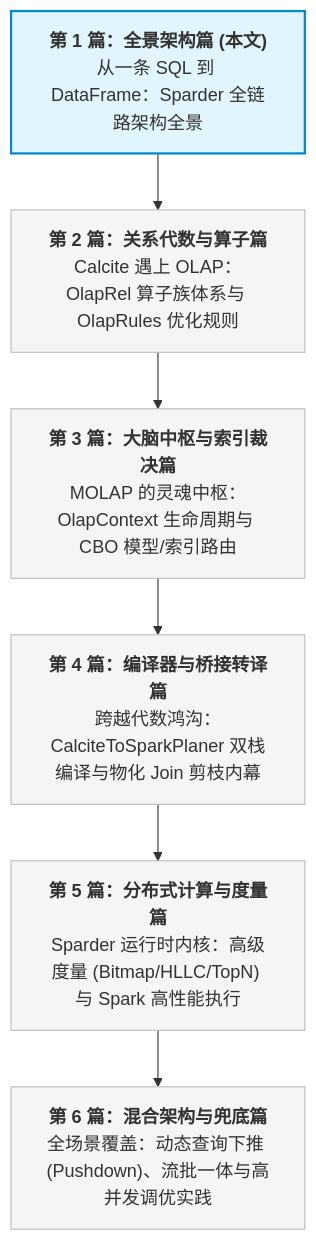
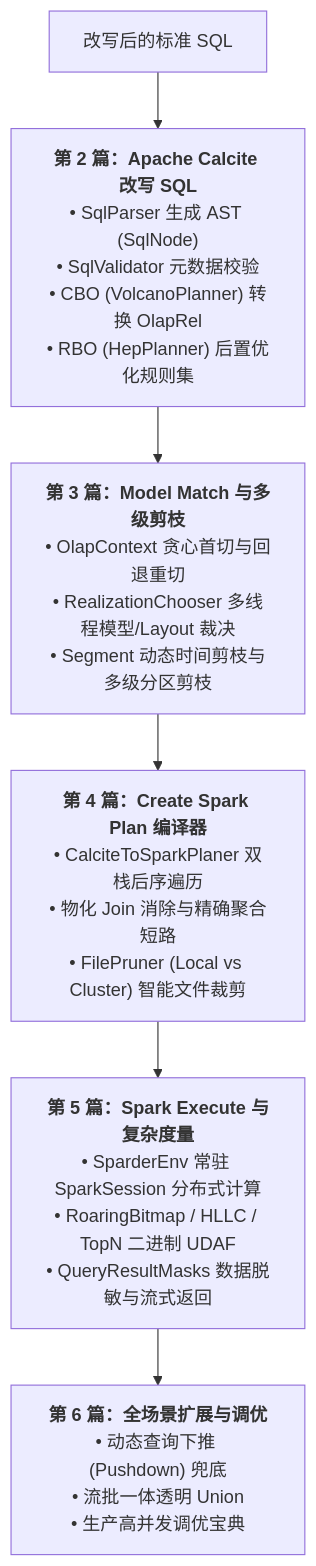
One commit to Mrhs121/mrhs121.github.io changed the fourth of 4 diagrams in posts/2026-08-18-kylin-query-engine-01-overview.md. Above: the diagram before and after it, drawn with Mermaid. The commit also changed other lines of this file and 6 other files, not shown here.

Commit message:
docs: 严格对齐 Kylin 查询六大核心阶段，重构全系列专栏 (补充 ACL/Cache/QueryMassage/RBO/CBO/FilePruner)

````diff
--- a/posts/2026-08-18-kylin-query-engine-01-overview.md
+++ b/posts/2026-08-18-kylin-query-engine-01-overview.md
@@ -20,14 +173,12 @@
 ```mermaid
 flowchart TD
-    classDef current fill:#e1f5fe,stroke:#0288d1,stroke-width:2px;
-    classDef step fill:#f5f5f5,stroke:#bdbdbd,stroke-width:1px;
+    MassagedSQL["改写后的标准 SQL"] --> S3["<b>第 2 篇：Apache Calcite 改写 SQL</b><br/>• SqlParser 生成 AST (SqlNode)<br/>• SqlValidator 元数据校验<br/>• CBO (VolcanoPlanner) 转换 OlapRel<br/>• RBO (HepPlanner) 后置优化规则集"]
+    
+    S3 --> S4["<b>第 3 篇：Model Match 与多级剪枝</b><br/>• OlapContext 贪心首切与回退重切<br/>• RealizationChooser 多线程模型/Layout 裁决<br/>• Segment 动态时间剪枝与多级分区剪枝"]
+    
+    S4 --> S5["<b>第 4 篇：Create Spark Plan 编译器</b><br/>• CalciteToSparkPlaner 双栈后序遍历<br/>• 物化 Join 消除与精确聚合短路<br/>• FilePruner (Local vs Cluster) 智能文件裁剪"]
+    
+    S5 --> S6["<b>第 5 篇：Spark Execute 与复杂度量</b><br/>• SparderEnv 常驻 SparkSession 分布式计算<br/>• RoaringBitmap / HLLC / TopN 二进制 UDAF<br/>• QueryResultMasks 数据脱敏与流式返回"]
 
-    S1["<b>第 1 篇：全景架构篇 (本文)</b><br/>从一条 SQL 到 DataFrame：Sparder 全链路架构全景"]:::current
-    S2["<b>第 2 篇：关系代数与算子篇</b><br/>Calcite 遇上 OLAP：OlapRel 算子族体系与 OlapRules 优化规则"]:::step
-    S3["<b>第 3 篇：大脑中枢与索引裁决篇</b><br/>MOLAP 的灵魂中枢：OlapContext 生命周期与 CBO 模型/索引路由"]:::step
-    S4["<b>第 4 篇：编译器与桥接转译篇</b><br/>跨越代数鸿沟：CalciteToSparkPlaner 双栈编译与物化 Join 剪枝内幕"]:::step
-    S5["<b>第 5 篇：分布式计算与度量篇</b><br/>Sparder 运行时内核：高级度量 (Bitmap/HLLC/TopN) 与 Spark 高性能执行"]:::step
-    S6["<b>第 6 篇：混合架构与兜底篇</b><br/>全场景覆盖：动态查询下推 (Pushdown)、流批一体与高并发调优实践"]:::step
-
-    S1 --> S2 --> S3 --> S4 --> S5 --> S6
+    S6 --> Final["<b>第 6 篇：全场景扩展与调优</b><br/>• 动态查询下推 (Pushdown) 兜底<br/>• 流批一体透明 Union<br/>• 生产高并发调优宝典"]
 ```
````
